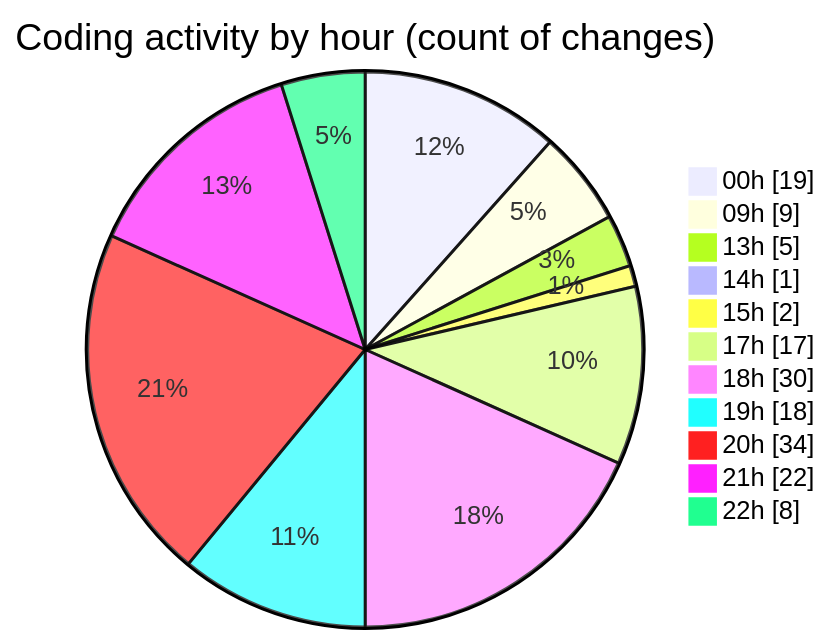
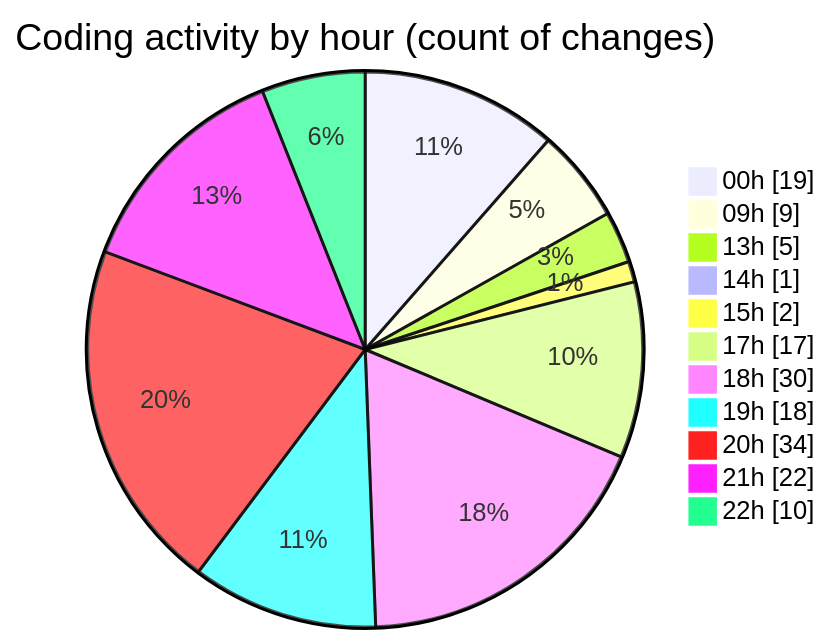
Before and after one commit to EIIisD/code-tracking: the second of 2 diagrams in 2025-08-12/ribbon/README.md, drawn with Mermaid. The commit also changed other lines of this file and 1 other file, not shown here.

````diff
--- a/2025-08-12/ribbon/README.md
+++ b/2025-08-12/ribbon/README.md
@@ -57,15 +57,15 @@
 ```mermaid
 pie showData
 title Coding activity by hour (count of changes)
 "00h" : 19
 "09h" : 9
 "13h" : 5
 "14h" : 1
 "15h" : 2
 "17h" : 17
 "18h" : 30
 "19h" : 18
 "20h" : 34
 "21h" : 22
-"22h" : 8
+"22h" : 10
 ```
````
